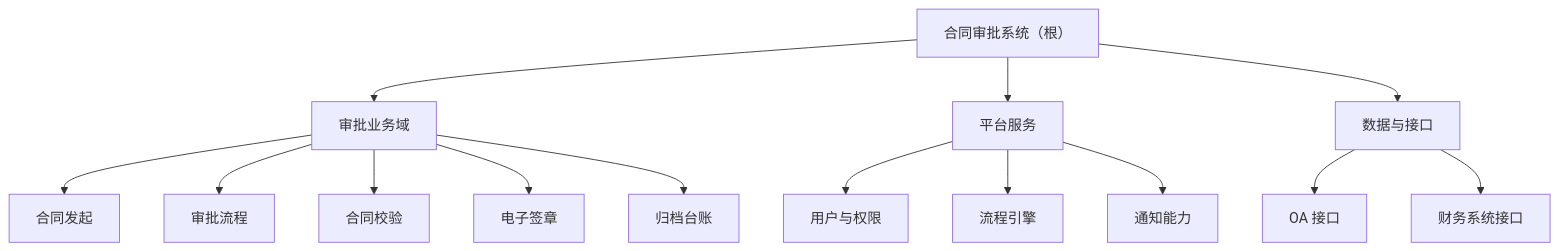
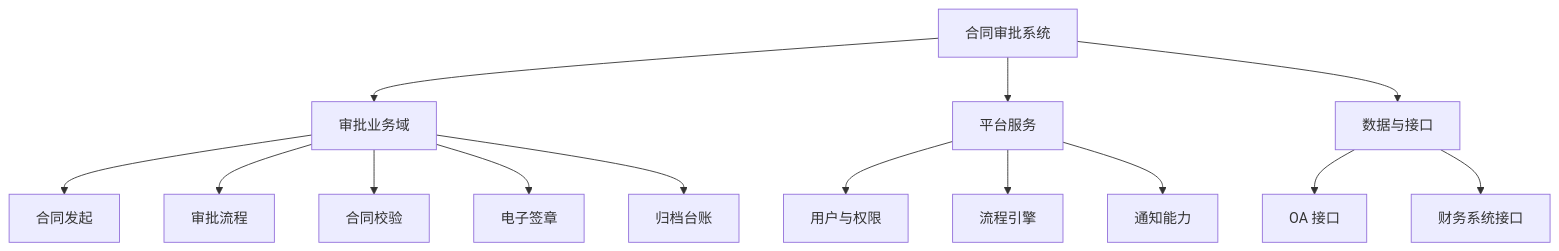
The first of 2 diagrams in 10-系统工程研究/03-架构师是个怎样的物种/06-第6章-设计开发-需求与方案结对.md (Yongjunzhou/business-Engineering), drawn with Mermaid before and after one commit. The commit also changed other lines of this file and 13 other files, not shown here.

````diff
--- a/10-系统工程研究/03-架构师是个怎样的物种/06-第6章-设计开发-需求与方案结对.md
+++ b/10-系统工程研究/03-架构师是个怎样的物种/06-第6章-设计开发-需求与方案结对.md
@@ -207,16 +148,16 @@
 ```mermaid
 flowchart TD
-    SYS["合同审批系统（根）"] --> BIZ["审批业务域"]
+    SYS["合同审批系统"] --> BIZ["审批业务域"]
     SYS --> PLAT["平台服务"]
     SYS --> DATA["数据与接口"]
     BIZ --> N1["合同发起"]
     BIZ --> N2["审批流程"]
     BIZ --> N3["合同校验"]
     BIZ --> N4["电子签章"]
     BIZ --> N5["归档台账"]
     PLAT --> N6["用户与权限"]
     PLAT --> N7["流程引擎"]
     PLAT --> N8["通知能力"]
     DATA --> N9["OA 接口"]
     DATA --> N10["财务系统接口"]
 ```
````
